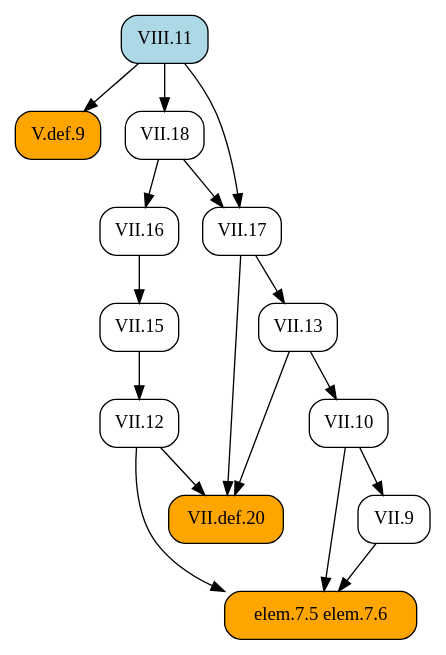
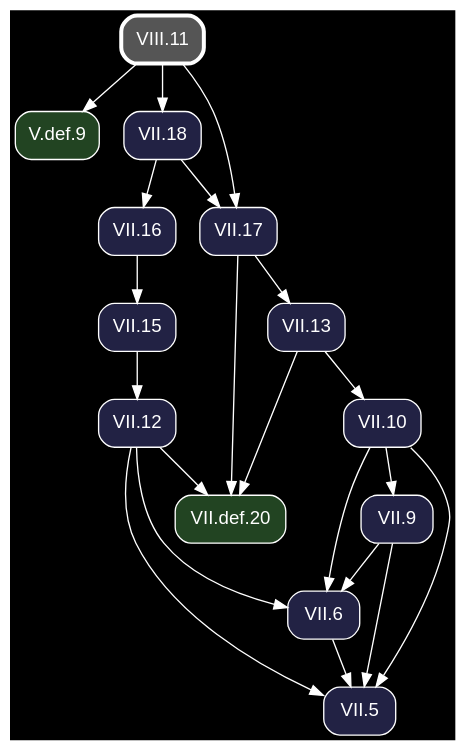
One commit to geometor/elements changed the diagram in docsrc/heath/VIII/11/index.rst. Above: the diagram before and after it, drawn with Graphviz. The commit also changed other lines of this file and 1200 other files, not shown here.

Commit message:
update dependency graphs

```diff
--- a/docsrc/heath/VIII/11/index.rst
+++ b/docsrc/heath/VIII/11/index.rst
@@ -52,34 +52,41 @@
 .. graphviz::
 
    digraph {
+     bgcolor="black";
+     node [shape=box, style="rounded,filled", fontname="Helvetica", color="white", fontcolor="white"];
+     edge [color="white", fontcolor="white"];
      rankdir="TB";
-     node [shape=box, style=rounded];
-     "VII.13" [URL="/heath/VII/13/", target="_top"];
-     "VII.12" [URL="/heath/VII/12/", target="_top"];
-     "elem.7.5 elem.7.6" [style="rounded,filled", fillcolor=orange];
-     "VII.9" [URL="/heath/VII/9/", target="_top"];
-     "V.def.9" [style="rounded,filled", fillcolor=orange, URL="/heath/V/def.9/", target="_top"];
-     "VII.18" [URL="/heath/VII/18/", target="_top"];
-     "VII.16" [URL="/heath/VII/16/", target="_top"];
-     "VII.17" [URL="/heath/VII/17/", target="_top"];
-     "VIII.11" [style="rounded,filled", fillcolor=lightblue, URL="/heath/VIII/11/", target="_top"];
-     "VII.def.20" [style="rounded,filled", fillcolor=orange, URL="/heath/VII/def.20/", target="_top"];
-     "VII.15" [URL="/heath/VII/15/", target="_top"];
-     "VII.10" [URL="/heath/VII/10/", target="_top"];
+     "VII.12" [fillcolor="#222244", URL="/heath/VII/12/", target="_top"];
+     "VII.13" [fillcolor="#222244", URL="/heath/VII/13/", target="_top"];
+     "VII.10" [fillcolor="#222244", URL="/heath/VII/10/", target="_top"];
+     "V.def.9" [fillcolor="#224422", URL="/heath/V/def.9/", target="_top"];
+     "VII.18" [fillcolor="#222244", URL="/heath/VII/18/", target="_top"];
+     "VII.5" [fillcolor="#222244", URL="/heath/VII/5/", target="_top"];
+     "VII.def.20" [fillcolor="#224422", URL="/heath/VII/def.20/", target="_top"];
+     "VII.9" [fillcolor="#222244", URL="/heath/VII/9/", target="_top"];
+     "VIII.11" [penwidth=3, color="white", fillcolor="#555555", URL="/heath/VIII/11/", target="_top"];
+     "VII.6" [fillcolor="#222244", URL="/heath/VII/6/", target="_top"];
+     "VII.16" [fillcolor="#222244", URL="/heath/VII/16/", target="_top"];
+     "VII.17" [fillcolor="#222244", URL="/heath/VII/17/", target="_top"];
+     "VII.15" [fillcolor="#222244", URL="/heath/VII/15/", target="_top"];
+     "VII.15" -> "VII.12";
      "VII.17" -> "VII.13";
-     "VII.15" -> "VII.12";
-     "VII.9" -> "elem.7.5 elem.7.6";
-     "VII.10" -> "elem.7.5 elem.7.6";
-     "VII.12" -> "elem.7.5 elem.7.6";
-     "VII.10" -> "VII.9";
+     "VII.13" -> "VII.10";
      "VIII.11" -> "V.def.9";
      "VIII.11" -> "VII.18";
+     "VII.6" -> "VII.5";
+     "VII.9" -> "VII.5";
+     "VII.10" -> "VII.5";
+     "VII.12" -> "VII.5";
+     "VII.12" -> "VII.def.20";
+     "VII.13" -> "VII.def.20";
+     "VII.17" -> "VII.def.20";
+     "VII.10" -> "VII.9";
+     "VII.9" -> "VII.6";
+     "VII.10" -> "VII.6";
+     "VII.12" -> "VII.6";
      "VII.18" -> "VII.16";
      "VII.18" -> "VII.17";
      "VIII.11" -> "VII.17";
-     "VII.12" -> "VII.def.20";
-     "VII.13" -> "VII.def.20";
-     "VII.17" -> "VII.def.20";
      "VII.16" -> "VII.15";
-     "VII.13" -> "VII.10";
    }
```
